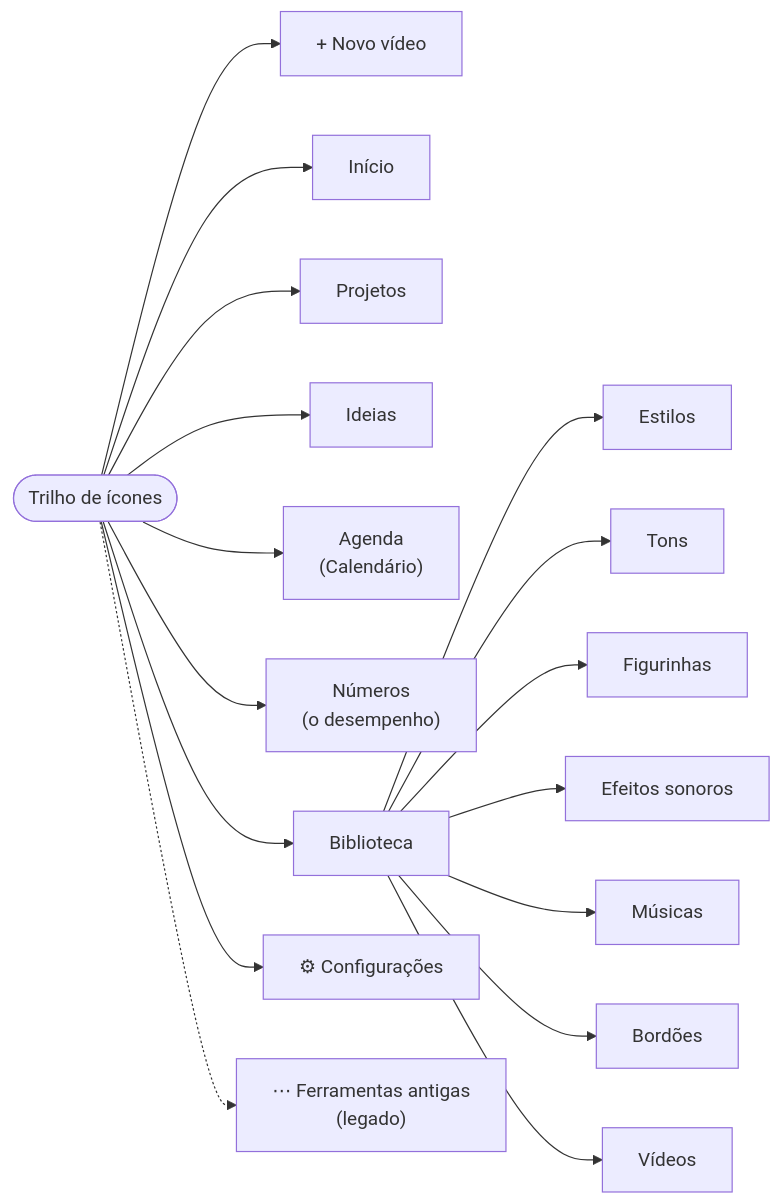
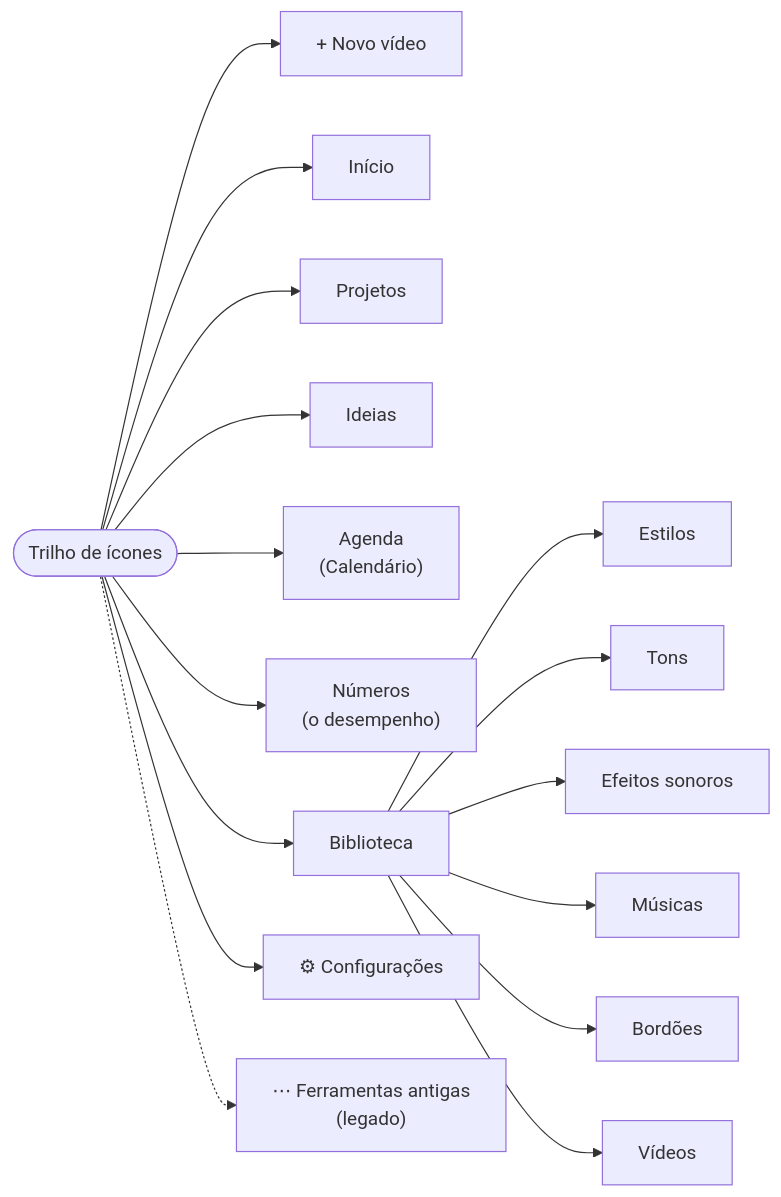
One commit to Edugiyuu/InstaSearch changed the diagram in docs/diagramas/03-outras-telas.mmd. Above: the diagram before and after it, drawn with Mermaid. The commit also changed 53 other files, not shown here.

```diff
--- a/docs/diagramas/03-outras-telas.mmd
+++ b/docs/diagramas/03-outras-telas.mmd
@@ -1,11 +1,11 @@
 flowchart LR
     MENU(["Trilho de ícones"]) --> NOVO["+ Novo vídeo"]
     MENU --> HOME["Início"]
     MENU --> PROJ["Projetos"]
     MENU --> IDEIAS["Ideias"]
     MENU --> CAL["Agenda<br/>(Calendário)"]
     MENU --> NUM["Números<br/>(o desempenho)"]
     MENU --> BIB["Biblioteca"]
     MENU --> CFG["⚙ Configurações"]
     MENU -.-> OLD["⋯ Ferramentas antigas<br/>(legado)"]
-    BIB --> EST["Estilos"] & B7["Tons"] & B3["Figurinhas"] & B4["Efeitos sonoros"] & B5["Músicas"] & B6["Bordões"] & B2["Vídeos"]
+    BIB --> EST["Estilos"] & B7["Tons"] & B4["Efeitos sonoros"] & B5["Músicas"] & B6["Bordões"] & B2["Vídeos"]
```
